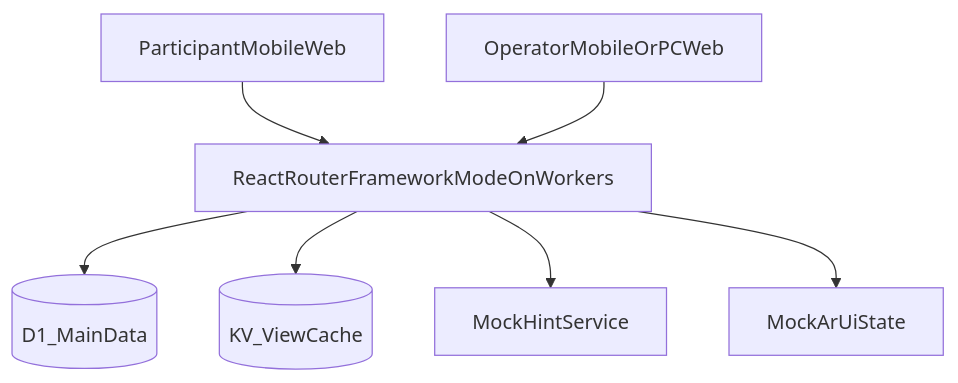
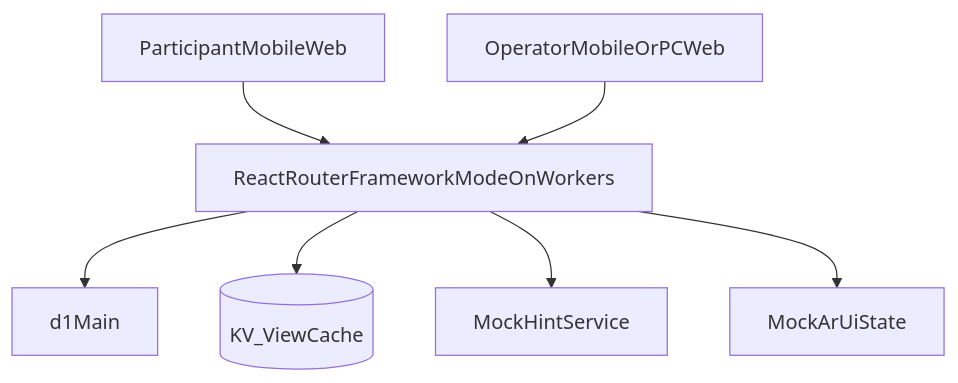
The diagram in tech-specs.md (Nagomu0128/icho-specs), drawn with Mermaid before and after one commit. The commit also changed other lines of this file, not shown here.

````diff
--- a/tech-specs.md
+++ b/tech-specs.md
@@ -29,9 +29,9 @@
 ```mermaid
 flowchart TD
 mobileClient[ParticipantMobileWeb] --> rrWorker[ReactRouterFrameworkModeOnWorkers]
 operatorClient[OperatorMobileOrPCWeb] --> rrWorker
-rrWorker --> d1Main[(D1_MainData)]
+rrWorker --> d1Main
 rrWorker --> kvView[(KV_ViewCache)]
 rrWorker --> hintMock[MockHintService]
 rrWorker --> arMock[MockArUiState]
 ```
````
